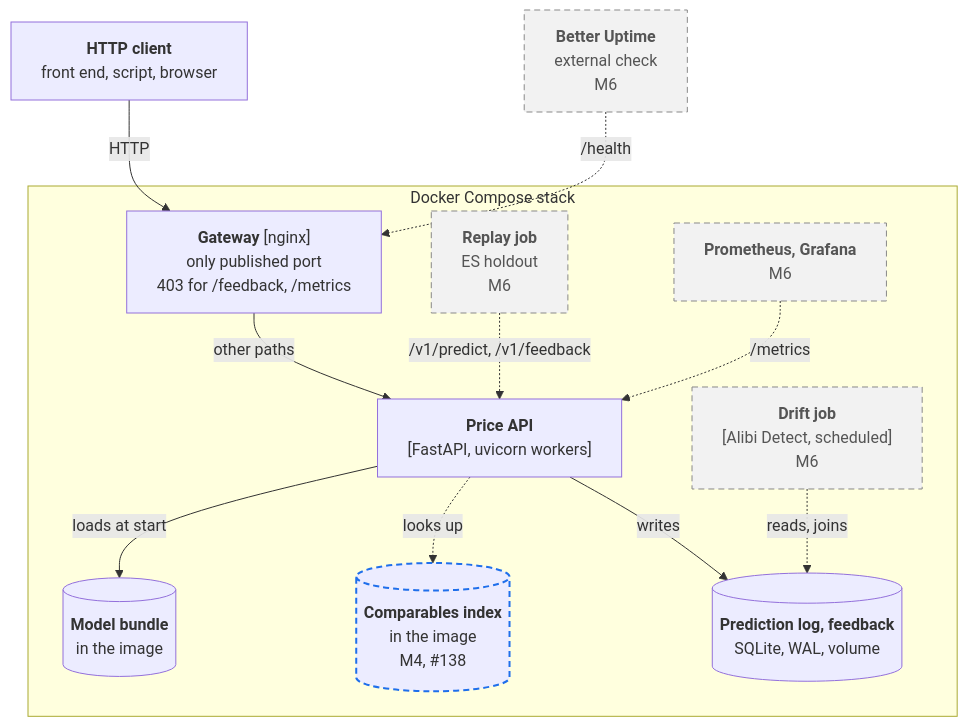
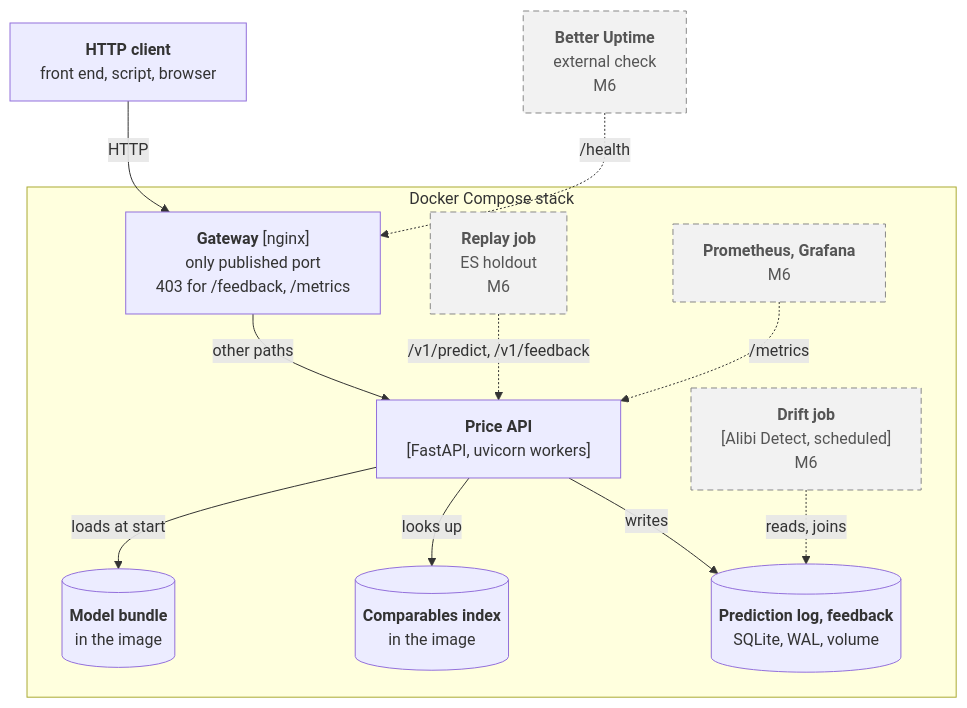
The first of 3 diagrams in docs/docs/architecture.md (mlops-2627q1-mds-upc/MLOPS_Recommenditos), drawn with Mermaid before and after one commit. The commit also changed other lines of this file and 37 other files, not shown here.

First line of the commit message:
feat: build the comparables index in the pipeline and serve it at /v1/comparables (FR-09) (#178)

````diff
--- a/docs/docs/architecture.md
+++ b/docs/docs/architecture.md
@@ -24,31 +23,29 @@
 ```mermaid
 flowchart TB
     client["<b>HTTP client</b><br/>front end, script, browser"]
     uptime["<b>Better Uptime</b><br/>external check<br/>M6"]
 
     subgraph stack["Docker Compose stack"]
         proxy["<b>Gateway</b> [nginx]<br/>only published port<br/>403 for /feedback, /metrics"]
         replay["<b>Replay job</b><br/>ES holdout<br/>M6"]
         prom["<b>Prometheus, Grafana</b><br/>M6"]
         api["<b>Price API</b><br/>[FastAPI, uvicorn workers]"]
         drift["<b>Drift job</b><br/>[Alibi Detect, scheduled]<br/>M6"]
         bundle[("<b>Model bundle</b><br/>in the image")]
-        comparables[("<b>Comparables index</b><br/>in the image<br/>M4, #138")]
+        comparables[("<b>Comparables index</b><br/>in the image")]
         log[("<b>Prediction log, feedback</b><br/>SQLite, WAL, volume")]
     end
 
     client -->|"HTTP"| proxy
     uptime -.->|"/health"| proxy
     proxy -->|"other paths"| api
     replay -.->|"/v1/predict, /v1/feedback"| api
     prom -.->|"/metrics"| api
     api -->|"loads at start"| bundle
-    api -.->|"looks up"| comparables
+    api -->|"looks up"| comparables
     api -->|"writes"| log
     drift -.->|"reads, joins"| log
 
-    classDef m4 stroke:#1f6feb,stroke-width:2px,stroke-dasharray:6 4
     classDef later fill:#f2f2f2,stroke:#888,color:#555,stroke-dasharray:6 4
-    class comparables m4
     class uptime,replay,prom,drift later
 ```
````
